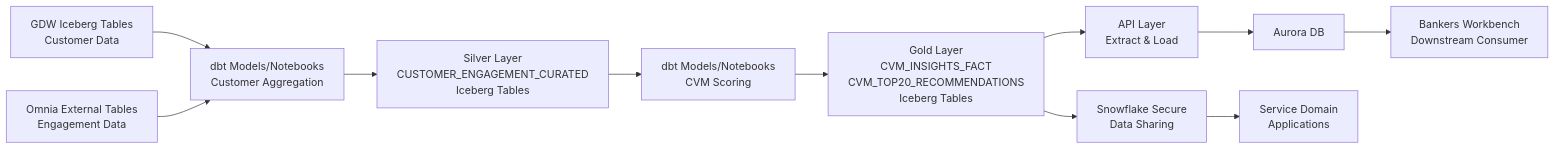
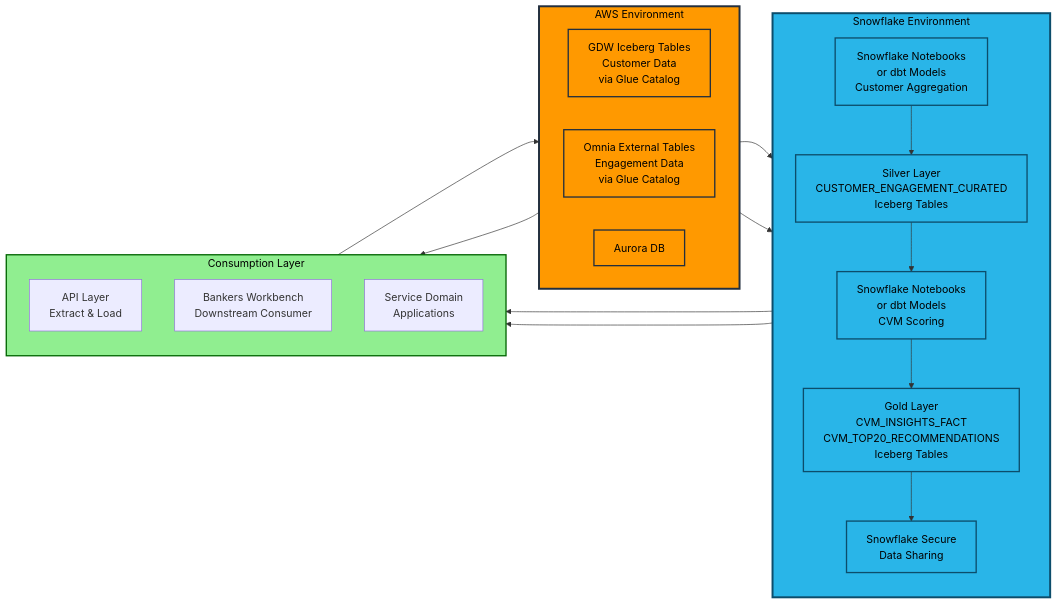
One commit to sfc-gh-mhindi/REPO_CBA changed diagram 21 of 22 in 15-BB-QPD Future State/QPD - Future State.md. Above: the diagram before and after it, drawn with Mermaid. The commit also changed other lines of this file, not shown here.

````diff
--- a/15-BB-QPD Future State/QPD - Future State.md
+++ b/15-BB-QPD Future State/QPD - Future State.md
@@ -1799,13 +1799,48 @@
 ```mermaid
 graph LR
-    GDW[GDW Iceberg Tables<br/>Customer Data] --> Silver_transform[dbt Models/Notebooks<br/>Customer Aggregation]
-    Omnia[Omnia External Tables<br/>Engagement Data] --> Silver_transform
-    Silver_transform --> Silver[Silver Layer<br/>CUSTOMER_ENGAGEMENT_CURATED<br/>Iceberg Tables]
-    Silver --> dbt_gold[dbt Models/Notebooks<br/>CVM Scoring]
-    dbt_gold --> Gold[Gold Layer<br/>CVM_INSIGHTS_FACT<br/>CVM_TOP20_RECOMMENDATIONS<br/>Iceberg Tables]
-    Gold --> API[API Layer<br/>Extract & Load]
-    API --> Aurora[Aurora DB]
-    Aurora --> BWB[Bankers Workbench<br/>Downstream Consumer]
-    Gold --> DataShare[Snowflake Secure<br/>Data Sharing]
-    DataShare --> ServiceDomain[Service Domain<br/>Applications]
+    subgraph AWS["AWS Environment"]
+        direction LR
+        GDW[GDW Iceberg Tables<br/>Customer Data<br/>via Glue Catalog]
+        Omnia[Omnia External Tables<br/>Engagement Data<br/>via Glue Catalog]
+        Aurora[Aurora DB]
+    end
+    
+    subgraph Snowflake["Snowflake Environment"]
+        direction TB
+        Silver_transform[Snowflake Notebooks<br/>or dbt Models<br/>Customer Aggregation]
+        Silver[Silver Layer<br/>CUSTOMER_ENGAGEMENT_CURATED<br/>Iceberg Tables]
+        Transform_Gold[Snowflake Notebooks<br/>or dbt Models<br/>CVM Scoring]
+        Gold[Gold Layer<br/>CVM_INSIGHTS_FACT<br/>CVM_TOP20_RECOMMENDATIONS<br/>Iceberg Tables]
+        DataShare[Snowflake Secure<br/>Data Sharing]
+    end
+    
+    subgraph Consumption["Consumption Layer"]
+        direction TB
+        API[API Layer<br/>Extract & Load]
+        BWB[Bankers Workbench<br/>Downstream Consumer]
+        ServiceDomain[Service Domain<br/>Applications]
+    end
+    
+    GDW --> Silver_transform
+    Omnia --> Silver_transform
+    Silver_transform --> Silver
+    Silver --> Transform_Gold
+    Transform_Gold --> Gold
+    Gold --> API
+    API --> Aurora
+    Aurora --> BWB
+    Gold --> DataShare
+    DataShare --> ServiceDomain
+    
+    style AWS fill:#ff9900,stroke:#232f3e,stroke-width:3px,color:#000
+    style Snowflake fill:#29b5e8,stroke:#0c4d6b,stroke-width:3px,color:#000
+    style Consumption fill:#90ee90,stroke:#006400,stroke-width:2px,color:#000
+    style GDW fill:#ff9900,stroke:#232f3e,stroke-width:2px,color:#000
+    style Omnia fill:#ff9900,stroke:#232f3e,stroke-width:2px,color:#000
+    style Aurora fill:#ff9900,stroke:#232f3e,stroke-width:2px,color:#000
+    style Silver_transform fill:#29b5e8,stroke:#0c4d6b,stroke-width:2px,color:#000
+    style Silver fill:#29b5e8,stroke:#0c4d6b,stroke-width:2px,color:#000
+    style Transform_Gold fill:#29b5e8,stroke:#0c4d6b,stroke-width:2px,color:#000
+    style Gold fill:#29b5e8,stroke:#0c4d6b,stroke-width:2px,color:#000
+    style DataShare fill:#29b5e8,stroke:#0c4d6b,stroke-width:2px,color:#000
 ```
````
